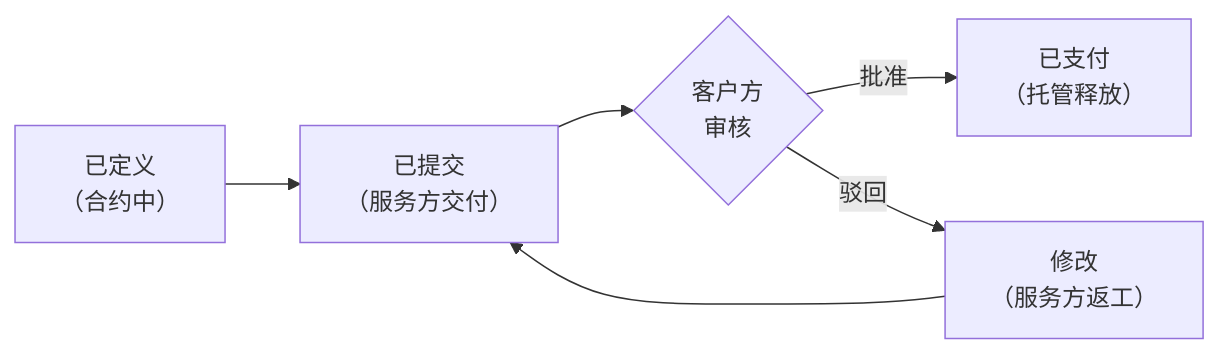
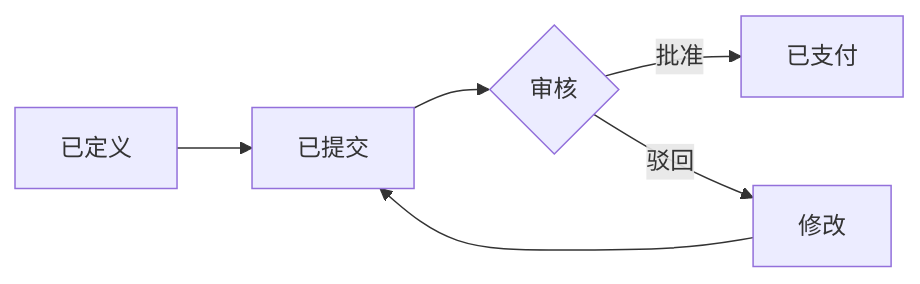
One commit to claw-network/clawnet changed the second of 3 diagrams in packages/docs/content/docs/getting-started/core-concepts/service-contracts.zh.md. Above: the diagram before and after it, drawn with Mermaid. The commit also changed other lines of this file and 14 other files, not shown here.

First line of the commit message:
Refactor diagrams and improve clarity in DAO, Identity, Markets, Reputation, Service Contracts, and Wallet documentation

````diff
--- a/packages/docs/content/docs/getting-started/core-concepts/service-contracts.zh.md
+++ b/packages/docs/content/docs/getting-started/core-concepts/service-contracts.zh.md
@@ -79,8 +79,8 @@
 ```mermaid
 flowchart LR
-    A["已定义\n（合约中）"] --> B["已提交\n（服务方交付）"]
-    B --> C{"客户方\n审核"}
-    C -->|批准| D["已支付\n（托管释放）"]
-    C -->|驳回| E["修改\n（服务方返工）"]
+    A[已定义] --> B[已提交]
+    B --> C{审核}
+    C -->|批准| D[已支付]
+    C -->|驳回| E[修改]
     E --> B
 ```
````
